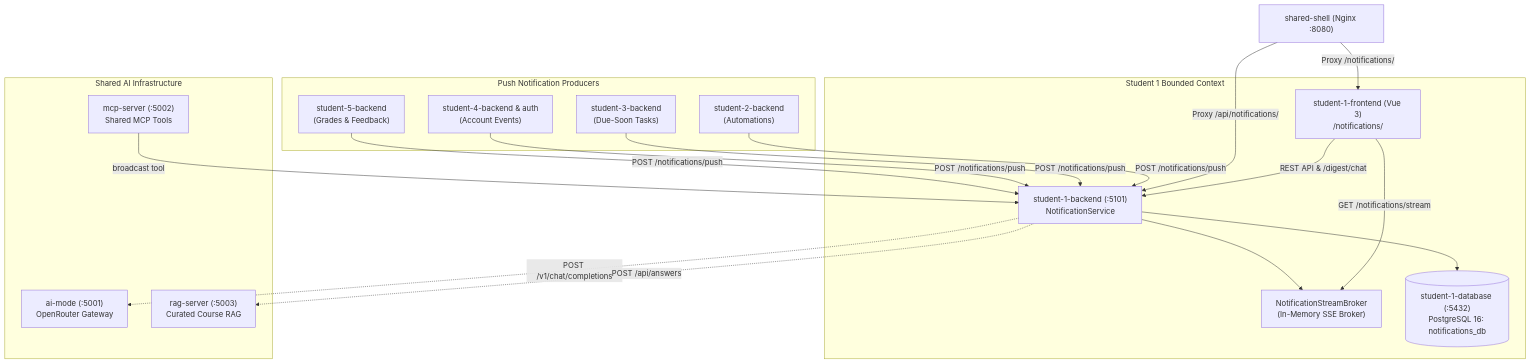
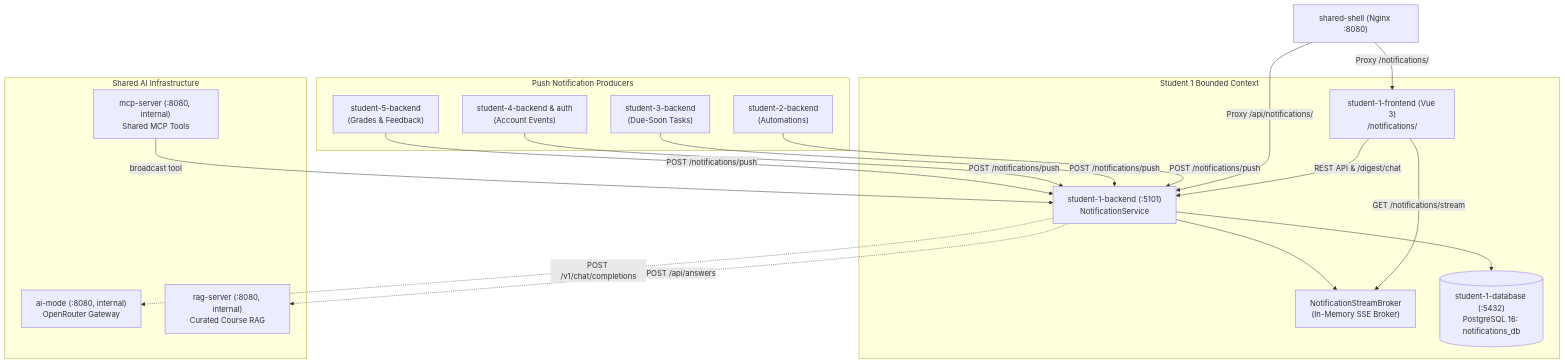
The diagram in student-1/README.md (AmAComputerNerd/41026--software-development-project), drawn with Mermaid before and after one commit. The commit also changed other lines of this file and 31 other files, not shown here.

````diff
--- a/student-1/README.md
+++ b/student-1/README.md
@@ -11,37 +11,37 @@
 ```mermaid
 flowchart TD
     Shell["shared-shell (Nginx :8080)"]
 
     subgraph Student1Slice["Student 1 Bounded Context"]
         Frontend["student-1-frontend (Vue 3)<br>/notifications/"]
         Backend["student-1-backend (:5101)<br>NotificationService"]
         Broker["NotificationStreamBroker<br>(In-Memory SSE Broker)"]
         Database[("student-1-database (:5432)<br>PostgreSQL 16: notifications_db")]
         
         Frontend -- "GET /notifications/stream" --> Broker
         Frontend -- "REST API & /digest/chat" --> Backend
         Backend --> Database
         Backend --> Broker
     end
 
     subgraph Callers["Push Notification Producers"]
         S2["student-2-backend<br>(Automations)"]
         S3["student-3-backend<br>(Due-Soon Tasks)"]
         S4["student-4-backend & auth<br>(Account Events)"]
         S5["student-5-backend<br>(Grades & Feedback)"]
     end
 
     subgraph AIServices["Shared AI Infrastructure"]
-        AIM["ai-mode (:5001)<br>OpenRouter Gateway"]
-        MCP["mcp-server (:5002)<br>Shared MCP Tools"]
-        RAG["rag-server (:5003)<br>Curated Course RAG"]
+        AIM["ai-mode (:8080, internal)<br>OpenRouter Gateway"]
+        MCP["mcp-server (:8080, internal)<br>Shared MCP Tools"]
+        RAG["rag-server (:8080, internal)<br>Curated Course RAG"]
     end
 
     Shell -- "Proxy /notifications/" --> Frontend
     Shell -- "Proxy /api/notifications/" --> Backend
 
     S2 & S3 & S4 & S5 -- "POST /notifications/push" --> Backend
     Backend -. "POST /v1/chat/completions" .-> AIM
     Backend -. "POST /api/answers" .-> RAG
     MCP -- "broadcast tool" --> Backend
 ```
````
